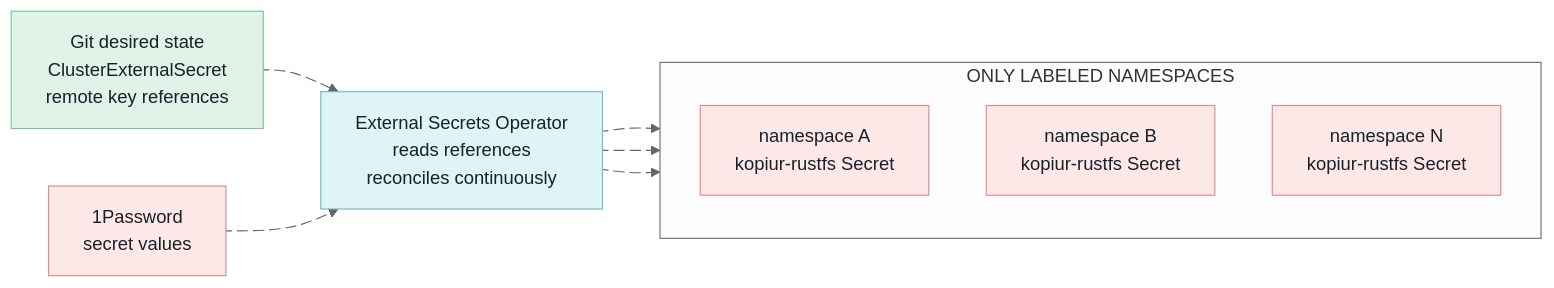
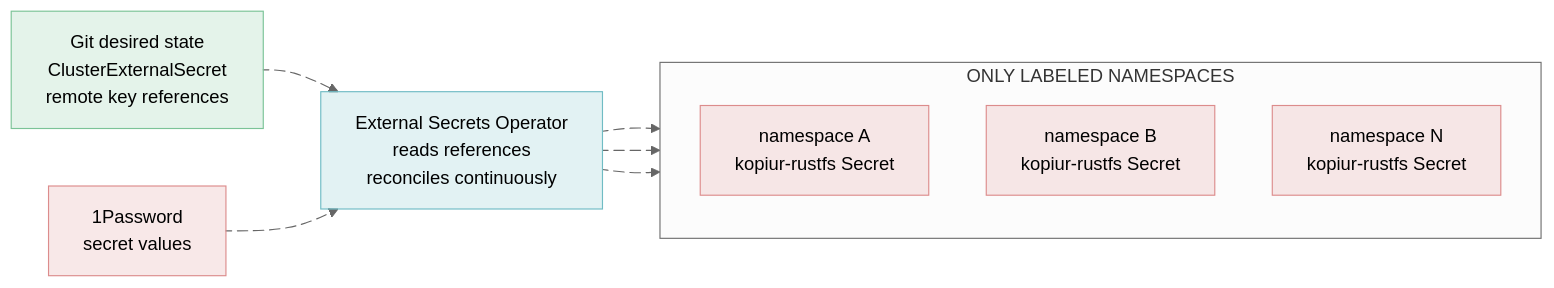
Before and after one commit to mitchross/talos-argocd-proxmox: the diagram in docs/backup-repository-setup.md, drawn with Mermaid (neutral theme). The commit also changed 8 other files, not shown here.

Commit message:
docs: make Mermaid boxes readable in dark mode (#4079)

````diff
--- a/docs/backup-repository-setup.md
+++ b/docs/backup-repository-setup.md
@@ -22,44 +22,44 @@
 ```mermaid
 flowchart LR
   accTitle: External Secrets credential fanout
   accDescr: Git supplies references and namespace selectors while 1Password supplies values. External Secrets reads both and creates short-lived Kubernetes Secrets only in labeled namespaces.
 
   GIT["`Git desired state
   ClusterExternalSecret
   remote key references`"]
   VAULT["`1Password
   secret values`"]
   ESO["`External Secrets Operator
   reads references
   reconciles continuously`"]
 
   subgraph NAMESPACES["ONLY LABELED NAMESPACES"]
     direction TB
     NSA["`namespace A
     kopiur-rustfs Secret`"]
     NSB["`namespace B
     kopiur-rustfs Secret`"]
     NSN["`namespace N
     kopiur-rustfs Secret`"]
   end
 
   GIT refs@--> ESO
   VAULT values@--> ESO
   ESO fanoutA@--> NSA
   ESO fanoutB@--> NSB
   ESO fanoutN@--> NSN
 
-  classDef desired fill:#e1f3e8,stroke:#7bc397,color:#17212b
-  classDef secret fill:#fde8e8,stroke:#dc8c8c,color:#17212b
-  classDef controller fill:#dff4f6,stroke:#70bcc4,color:#17212b
+  classDef desired fill:#7bc39733,stroke:#7bc397
+  classDef secret fill:#dc8c8c33,stroke:#dc8c8c
+  classDef controller fill:#70bcc433,stroke:#70bcc4
   class GIT desired
   class VAULT secret
   class ESO controller
   class NSA,NSB,NSN secret
 
   refs@{ animation: fast }
   values@{ animation: fast }
   fanoutA@{ animation: slow }
   fanoutB@{ animation: slow }
   fanoutN@{ animation: slow }
 ```
````
